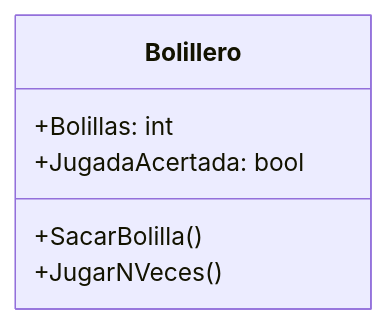
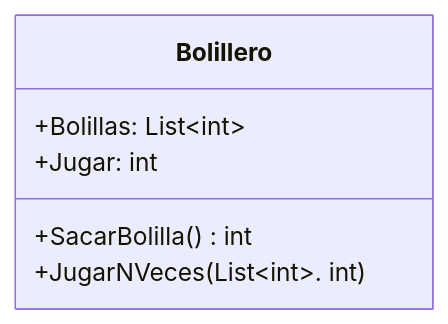
Before and after one commit to SaraCastro124/Tp-bolillero: the diagram in docs/README.md, drawn with Mermaid. The commit also changed 2 other files, not shown here.

````diff
--- a/docs/README.md
+++ b/docs/README.md
@@ -3,10 +3,10 @@
 ```mermaid
 classDiagram
     class Bolillero{
-        +Bolillas<list>: int
-        +JugadaAcertada: bool
-        +SacarBolilla()
-        +JugarNVeces()
+        +Bolillas: List~int~
+        +Jugar: int
+        +SacarBolilla() int
+        +JugarNVeces(List~int~. int) 
     }
     
 ```
````
